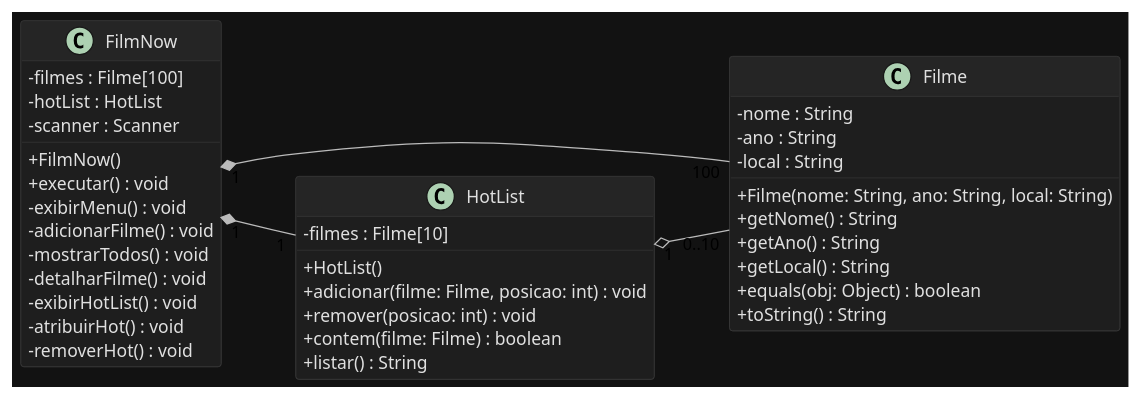
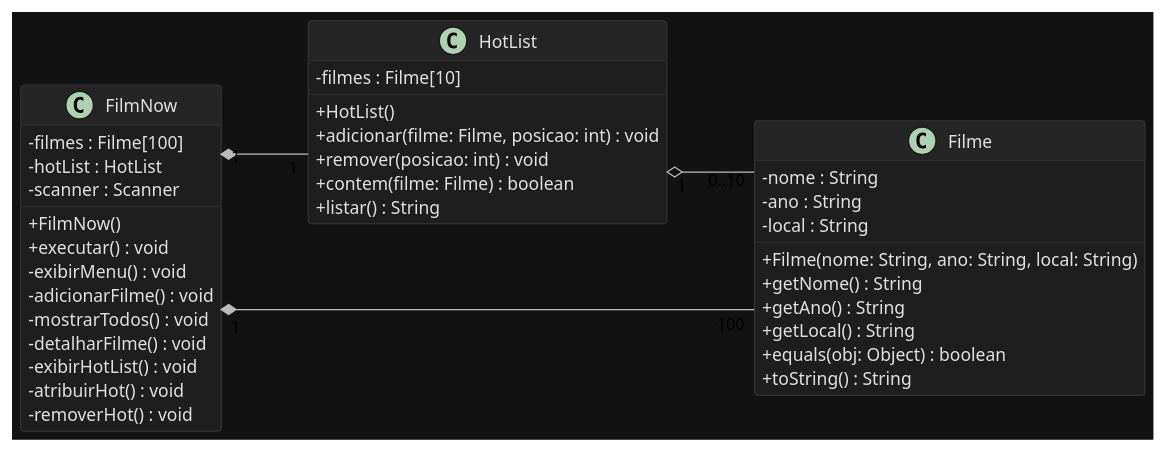
Before and after one commit to juliovlpsp-commits/LAB03-S: the diagram in docs/FilmNow_UML.puml, drawn with PlantUML. The commit also changed 1 other file, not shown here.

```diff
--- a/docs/FilmNow_UML.puml
+++ b/docs/FilmNow_UML.puml
@@ -1,59 +1,56 @@
 @startuml FilmNow
 left to right direction
 skinparam backgroundColor #121212
 skinparam shadowing false
 skinparam ArrowColor #BBBBBB
 skinparam ClassBackgroundColor #1E1E1E
 skinparam ClassBorderColor #3A3A3A
 skinparam ClassFontColor #E0E0E0
 skinparam ClassAttributeFontColor #E0E0E0
 skinparam ClassStereotypeFontColor #90CAF9
 skinparam ClassHeaderBackgroundColor #252525
-skinparam NoteBackgroundColor #2C2C2C
-skinparam NoteBorderColor #444444
-skinparam NoteFontColor #E0E0E0
-skinparam PackageBackgroundColor #1E1E1E
-skinparam PackageBorderColor #3A3A3A
-skinparam PackageFontColor #E0E0E0
 skinparam classAttributeIconSize 0
+skinparam linetype ortho
+skinparam nodesep 90
+skinparam ranksep 70
 
 class FilmNow {
   - filmes : Filme[100]
   - hotList : HotList
   - scanner : Scanner
   + FilmNow()
   + executar() : void
   - exibirMenu() : void
   - adicionarFilme() : void
   - mostrarTodos() : void
   - detalharFilme() : void
   - exibirHotList() : void
   - atribuirHot() : void
   - removerHot() : void
 }
 
+class HotList {
+  - filmes : Filme[10]
+  + HotList()
+  + adicionar(filme: Filme, posicao: int) : void
+  + remover(posicao: int) : void
+  + contem(filme: Filme) : boolean
+  + listar() : String
+}
+
 class Filme {
   - nome : String
   - ano : String
   - local : String
   + Filme(nome: String, ano: String, local: String)
   + getNome() : String
   + getAno() : String
   + getLocal() : String
   + equals(obj: Object) : boolean
   + toString() : String
 }
 
-class HotList {
-  - filmes : Filme[10]
-  + HotList()
-  + adicionar(filme: Filme, posicao: int) : void
-  + remover(posicao: int) : void
-  + contem(filme: Filme) : boolean
-  + listar() : String
-}
-
+FilmNow "1" *-- "1" HotList
 FilmNow "1" *-- "100" Filme
-FilmNow "1" *-- "1" HotList
 HotList "1" o-- "0..10" Filme
 @enduml
```
